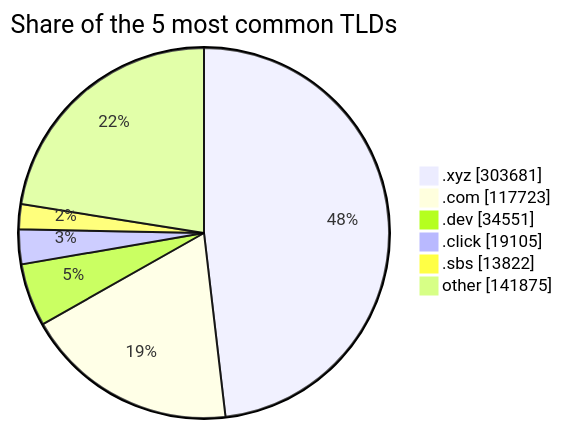
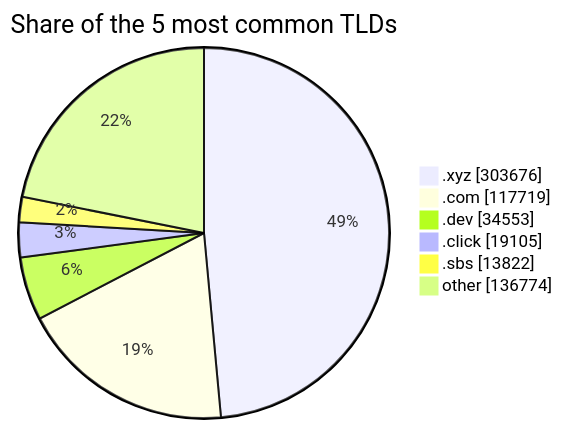
The third of 3 diagrams in README.md (DNSBunker/CTI), drawn with Mermaid before and after one commit. The commit also changed other lines of this file and 3 other files, not shown here.

````diff
--- a/README.md
+++ b/README.md
@@ -81,9 +81,9 @@
 ```mermaid
 pie showData title Share of the 5 most common TLDs
-    ".xyz" : 303681
-    ".com" : 117723
-    ".dev" : 34551
+    ".xyz" : 303676
+    ".com" : 117719
+    ".dev" : 34553
     ".click" : 19105
     ".sbs" : 13822
-    "other" : 141875
+    "other" : 136774
 ```
````
